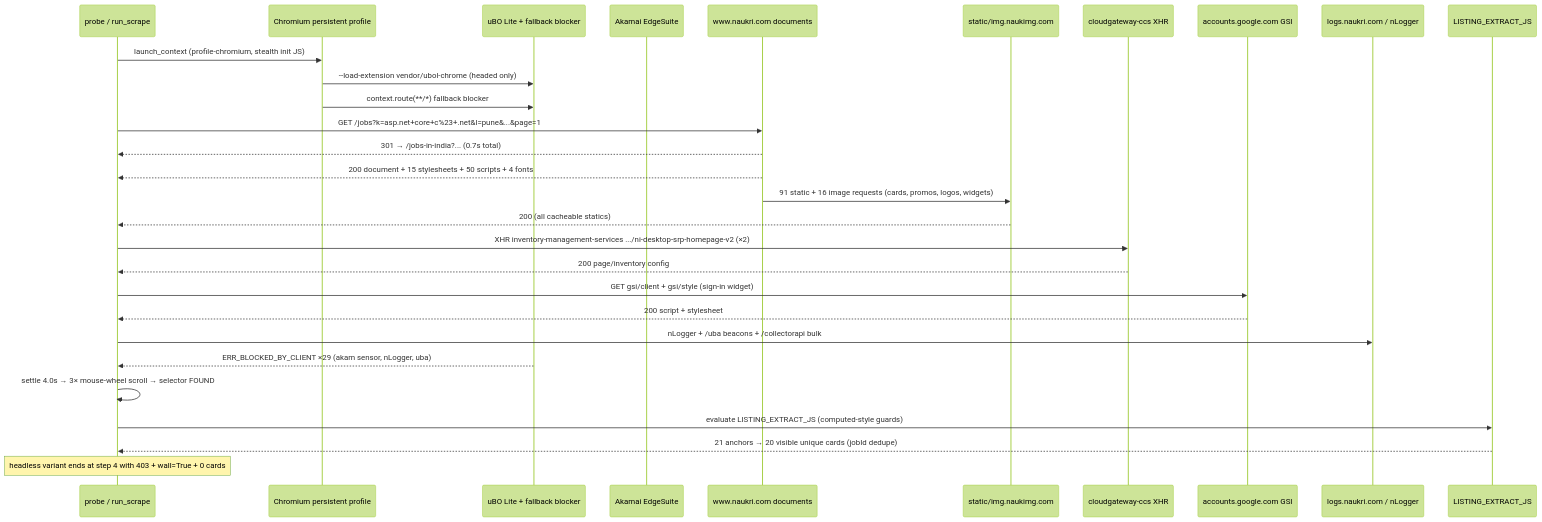
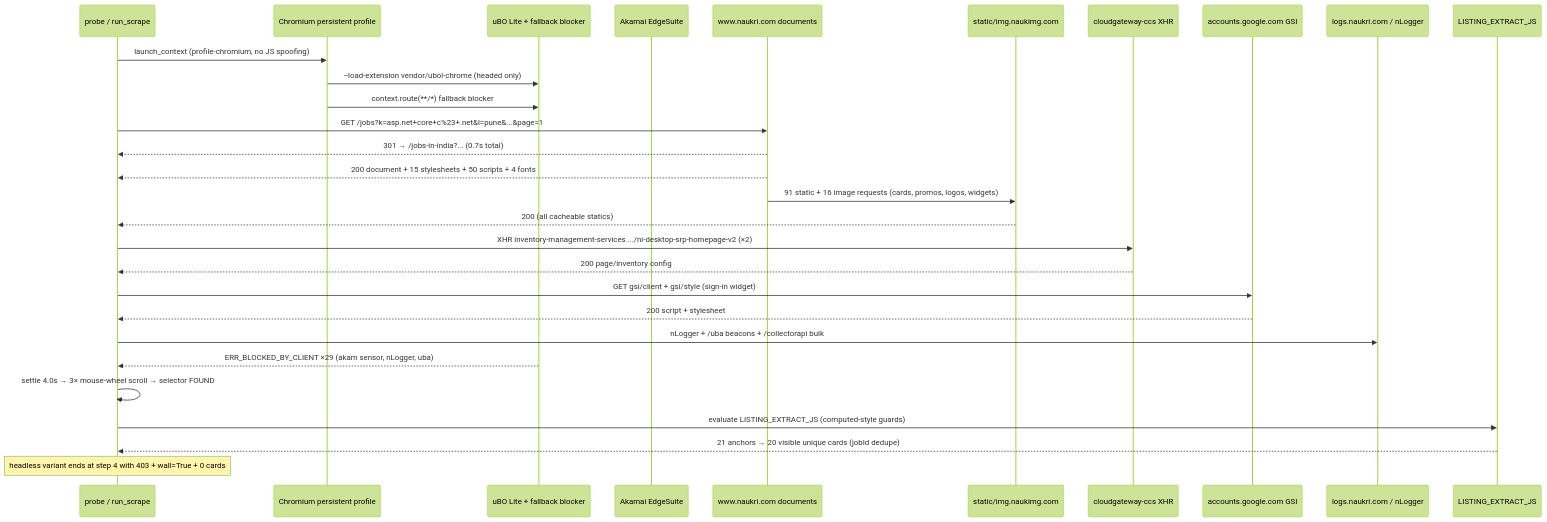
Before and after one commit to AslamNazeerShaikh/PythonWebScraping: the fifth of 10 diagrams in docs/CODE_EXPLANATION.md, drawn with Mermaid (forest theme). The commit also changed other lines of this file and 4 other files, not shown here.

First line of the commit message:
fix(stealth): remove inert init script; document detector cross-check

````diff
--- a/docs/CODE_EXPLANATION.md
+++ b/docs/CODE_EXPLANATION.md
@@ -519,31 +520,31 @@
 ```mermaid
 sequenceDiagram
     participant Script as probe / run_scrape
     participant Chromium as Chromium persistent profile
     participant uBOL as uBO Lite + fallback blocker
     participant Akamai as Akamai EdgeSuite
     participant Doc as www.naukri.com documents
     participant CDN as static/img.naukimg.com
     participant API as cloudgateway-ccs XHR
     participant Google as accounts.google.com GSI
     participant Logger as logs.naukri.com / nLogger
     participant JS as LISTING_EXTRACT_JS
-    Script->>Chromium: launch_context (profile-chromium, stealth init JS)
+    Script->>Chromium: launch_context (profile-chromium, no JS spoofing)
     Chromium->>uBOL: --load-extension vendor/ubol-chrome (headed only)
     Chromium->>uBOL: context.route(**/*) fallback blocker
     Script->>Doc: GET /jobs?k=asp.net+core+c%23+.net&l=pune&...&page=1
     Doc-->>Script: 301 → /jobs-in-india?... (0.7s total)
     Doc-->>Script: 200 document + 15 stylesheets + 50 scripts + 4 fonts
     Doc->>CDN: 91 static + 16 image requests (cards, promos, logos, widgets)
     CDN-->>Script: 200 (all cacheable statics)
     Script->>API: XHR inventory-management-services .../ni-desktop-srp-homepage-v2 (×2)
     API-->>Script: 200 page/inventory config
     Script->>Google: GET gsi/client + gsi/style (sign-in widget)
     Google-->>Script: 200 script + stylesheet
     Script->>Logger: nLogger + /uba beacons + /collectorapi bulk
     uBOL-->>Script: ERR_BLOCKED_BY_CLIENT ×29 (akam sensor, nLogger, uba)
     Script->>Script: settle 4.0s → 3× mouse-wheel scroll → selector FOUND
     Script->>JS: evaluate LISTING_EXTRACT_JS (computed-style guards)
     JS-->>Script: 21 anchors → 20 visible unique cards (jobId dedupe)
     Note over Script: headless variant ends at step 4 with 403 + wall=True + 0 cards
 ```
````
